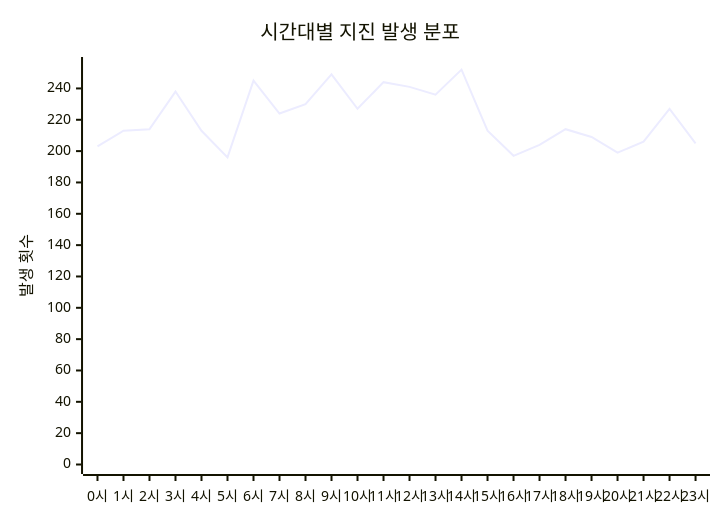
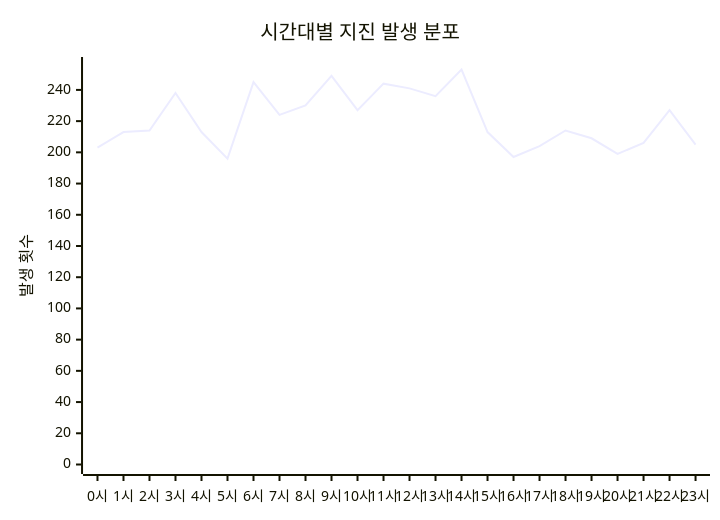
One commit to serendip811/japan-eq changed the diagram in charts/time-chart.md. Above: the diagram before and after it, drawn with Mermaid. The commit also changed other lines of this file and 5 other files, not shown here.

Commit message:
Update earthquake data and charts Mon Aug 24 15:35:20 UTC 2026

````diff
--- a/charts/time-chart.md
+++ b/charts/time-chart.md
@@ -3,7 +3,7 @@
 ```mermaid
 xychart-beta
     title "시간대별 지진 발생 분포"
     x-axis ["0시", "1시", "2시", "3시", "4시", "5시", "6시", "7시", "8시", "9시", "10시", "11시", "12시", "13시", "14시", "15시", "16시", "17시", "18시", "19시", "20시", "21시", "22시", "23시"]
-    y-axis "발생 횟수" 0 --> 254
-    line [203, 213, 214, 238, 213, 196, 245, 224, 230, 249, 227, 244, 241, 236, 252, 213, 197, 204, 214, 209, 199, 206, 227, 205]
+    y-axis "발생 횟수" 0 --> 255
+    line [203, 213, 214, 238, 213, 196, 245, 224, 230, 249, 227, 244, 241, 236, 253, 213, 197, 204, 214, 209, 199, 206, 227, 205]
 ```
````
